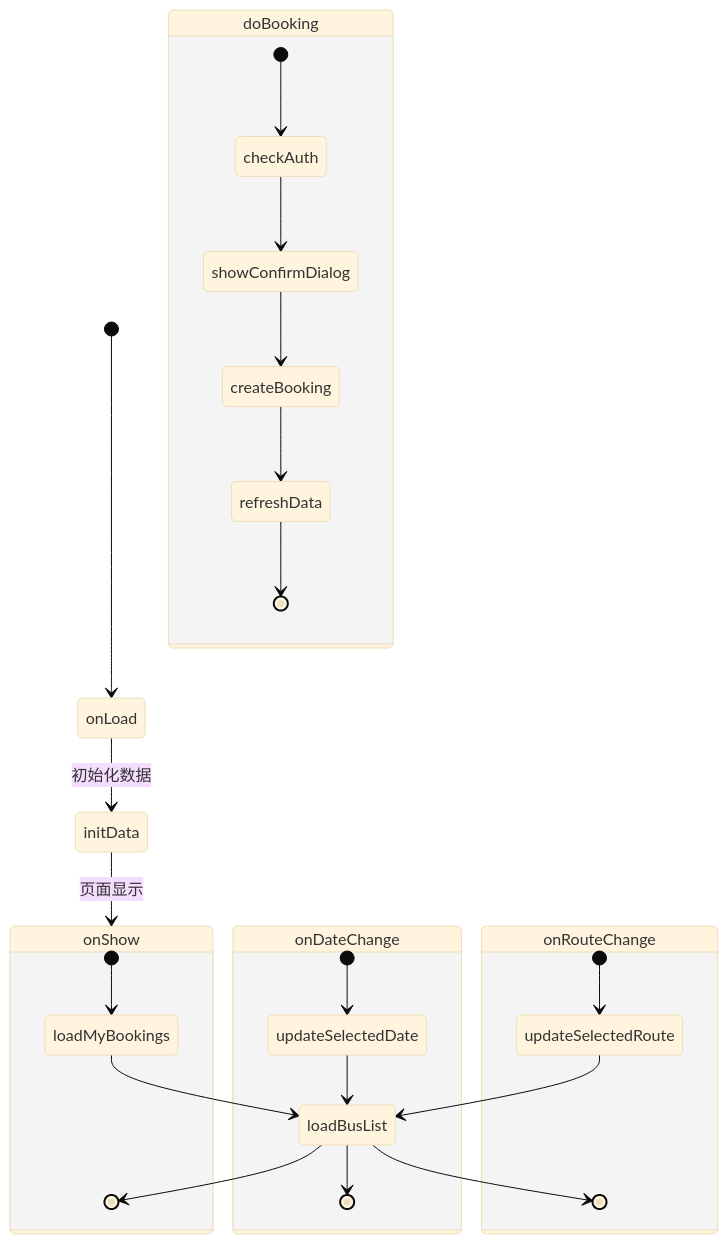
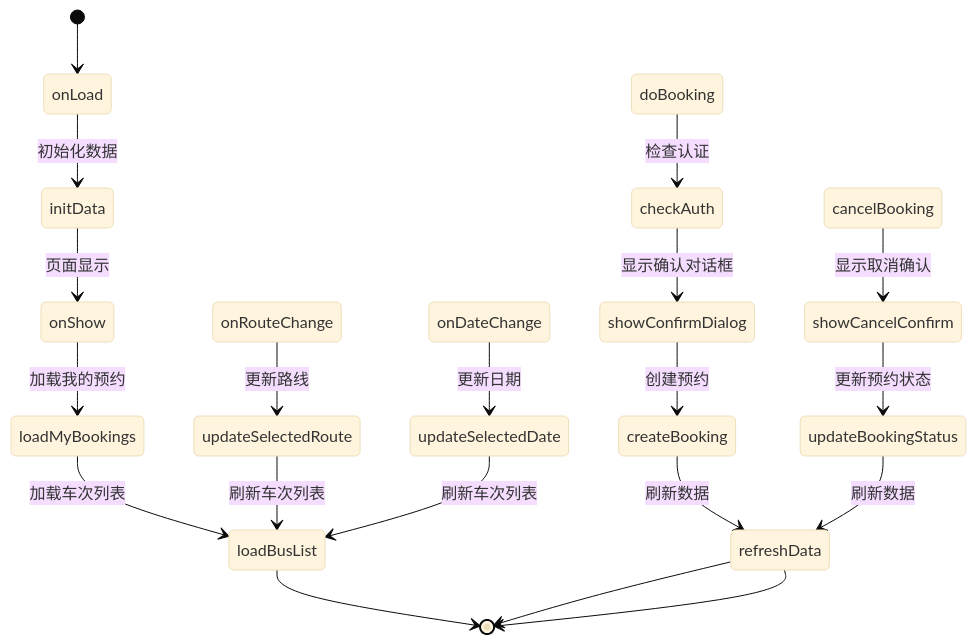
One commit to ChenHaoRanORA/School-Bus-Scheduling-System changed the tenth of 13 diagrams in .qoder/repowiki/zh/content/页面组件详解/预约页面组件.md. Above: the diagram before and after it, drawn with Mermaid (base theme). The commit also changed other lines of this file and 6 other files, not shown here.

````diff
--- a/.qoder/repowiki/zh/content/页面组件详解/预约页面组件.md
+++ b/.qoder/repowiki/zh/content/页面组件详解/预约页面组件.md
@@ -363,28 +374,22 @@
 ```mermaid
 stateDiagram-v2
 [*] --> onLoad
 onLoad --> initData : 初始化数据
 initData --> onShow : 页面显示
-state onShow {
-[*] --> loadMyBookings
-loadMyBookings --> loadBusList
+onShow --> loadMyBookings : 加载我的预约
+loadMyBookings --> loadBusList : 加载车次列表
 loadBusList --> [*]
-}
-state onRouteChange {
-[*] --> updateSelectedRoute
-updateSelectedRoute --> loadBusList
-loadBusList --> [*]
-}
-state onDateChange {
-[*] --> updateSelectedDate
-updateSelectedDate --> loadBusList
-loadBusList --> [*]
-}
-state doBooking {
-[*] --> checkAuth
-checkAuth --> showConfirmDialog
-showConfirmDialog --> createBooking
-createBooking --> refreshData
+onRouteChange --> updateSelectedRoute : 更新路线
+updateSelectedRoute --> loadBusList : 刷新车次列表
+onDateChange --> updateSelectedDate : 更新日期
+updateSelectedDate --> loadBusList : 刷新车次列表
+doBooking --> checkAuth : 检查认证
+checkAuth --> showConfirmDialog : 显示确认对话框
+showConfirmDialog --> createBooking : 创建预约
+createBooking --> refreshData : 刷新数据
 refreshData --> [*]
-}
+cancelBooking --> showCancelConfirm : 显示取消确认
+showCancelConfirm --> updateBookingStatus : 更新预约状态
+updateBookingStatus --> refreshData : 刷新数据
+refreshData --> [*]
 ```
````
